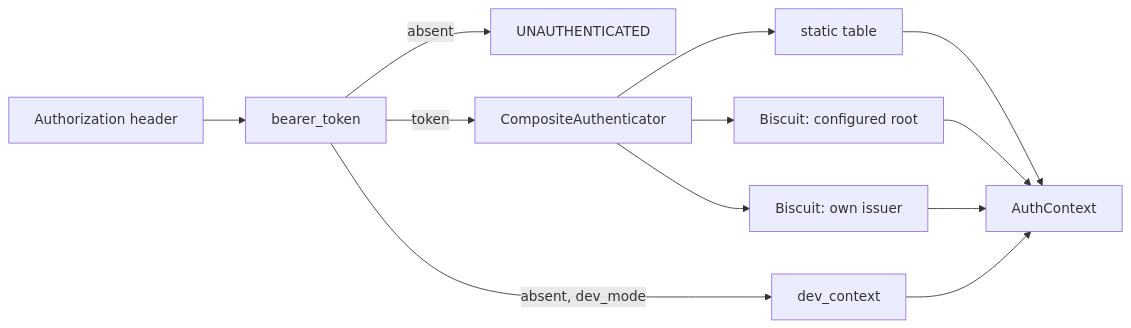
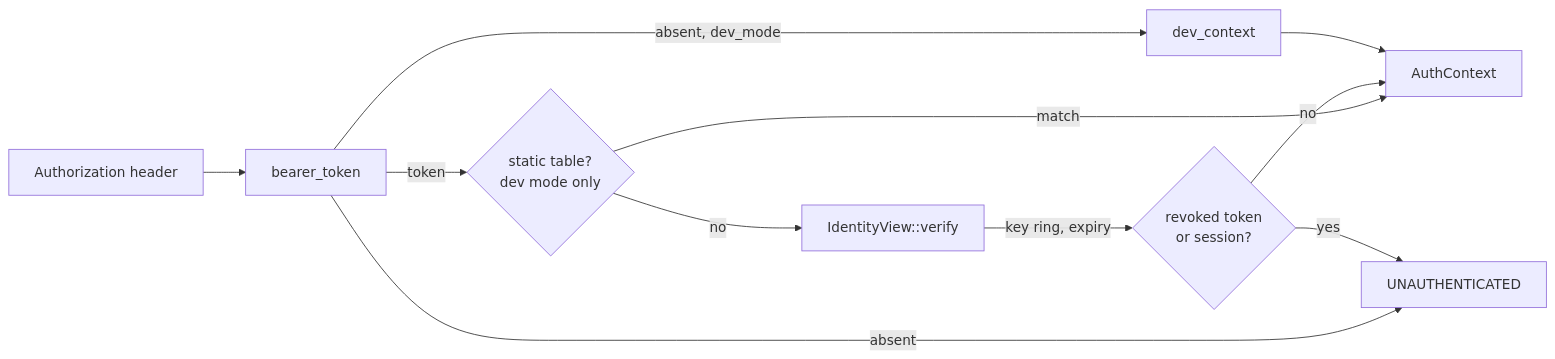
The diagram in architecture/05-policy/identity-and-auth.md (envoy1084/rill), drawn with Mermaid before and after one commit. The commit also changed other lines of this file and 61 other files, not shown here.

````diff
--- a/architecture/05-policy/identity-and-auth.md
+++ b/architecture/05-policy/identity-and-auth.md
@@ -26,12 +28,13 @@
 ```mermaid
 flowchart LR
     H["Authorization header"] --> B[bearer_token]
     B -->|absent, dev_mode| D[dev_context]
     B -->|absent| U[UNAUTHENTICATED]
-    B -->|token| C[CompositeAuthenticator]
-    C --> S[static table]
-    C --> K["Biscuit: configured root"]
-    C --> O["Biscuit: own issuer"]
-    S & K & O --> A[AuthContext]
+    B -->|token| S{static table?<br/>dev mode only}
+    S -->|match| A[AuthContext]
+    S -->|no| V["IdentityView::verify"]
+    V -->|key ring, expiry| R{revoked token<br/>or session?}
+    R -->|no| A
+    R -->|yes| U
     D --> A
 ```
````
